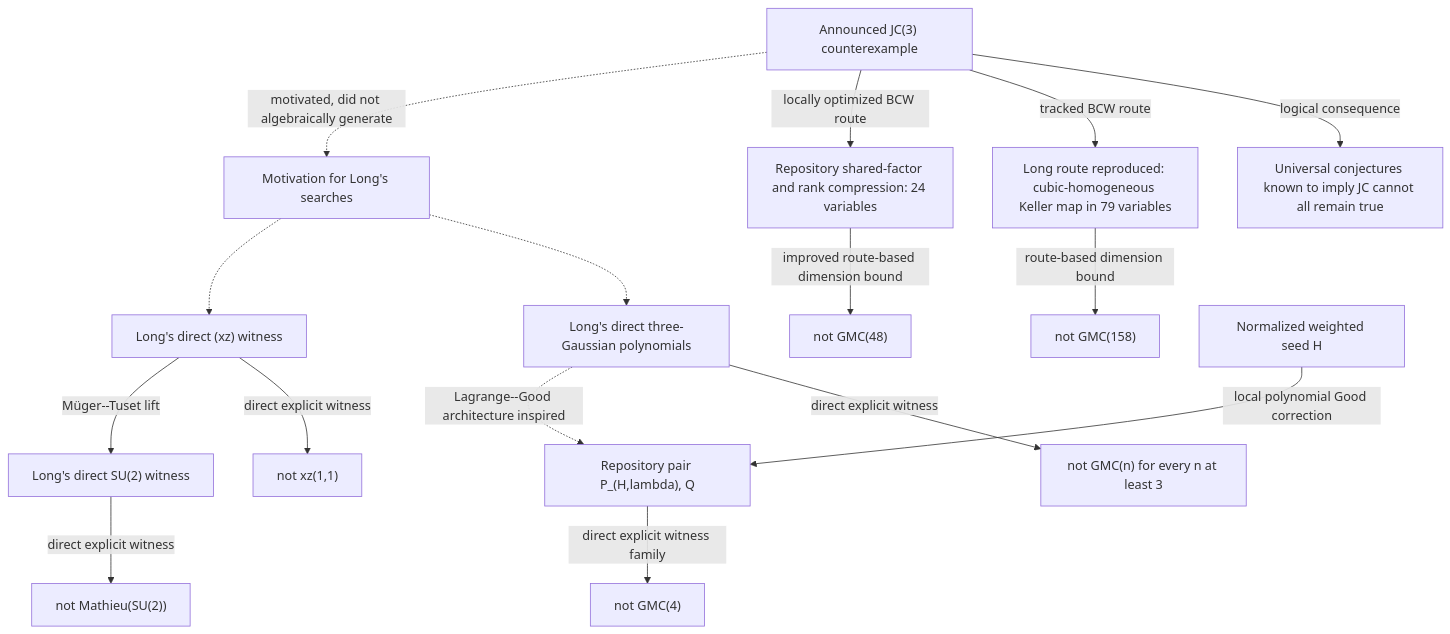
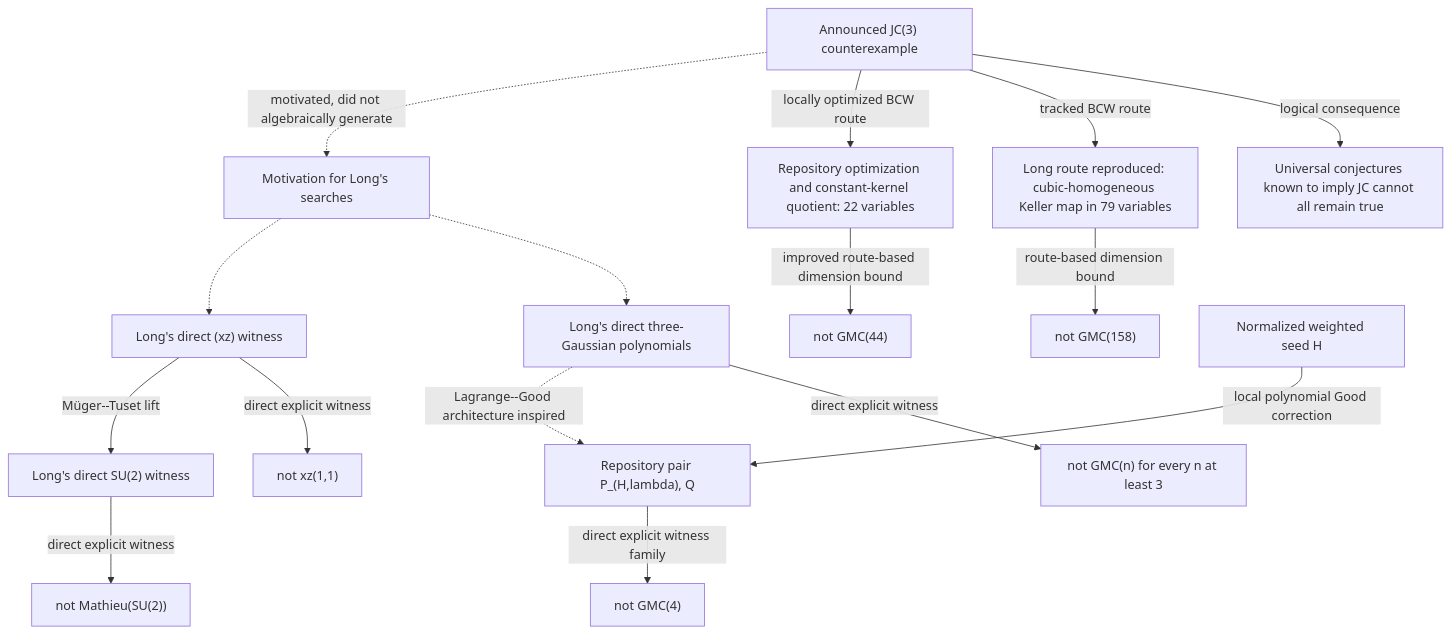
The diagram in extended-geometry/EXTERNAL_CONSEQUENCES_AND_PROVENANCE.md (royvanrijn/jacobian-research), drawn with Mermaid before and after one commit. The commit also changed other lines of this file, not shown here.

````diff
--- a/extended-geometry/EXTERNAL_CONSEQUENCES_AND_PROVENANCE.md
+++ b/extended-geometry/EXTERNAL_CONSEQUENCES_AND_PROVENANCE.md
@@ -21,35 +21,35 @@
 ```mermaid
 flowchart TD
     J["Announced JC(3) counterexample"]
     U["Universal conjectures known to imply JC cannot all remain true"]
     B["Long route reproduced: cubic-homogeneous Keller map in 79 variables"]
     R["not GMC(158)"]
-    BO["Repository shared-factor and rank compression: 24 variables"]
-    RO["not GMC(48)"]
+    BO["Repository optimization and constant-kernel quotient: 22 variables"]
+    RO["not GMC(44)"]
     M["Motivation for Long's searches"]
     GP["Long's direct three-Gaussian polynomials"]
     G["not GMC(n) for every n at least 3"]
     XP["Long's direct (xz) witness"]
     X["not xz(1,1)"]
     SP["Long's direct SU(2) witness"]
     S["not Mathieu(SU(2))"]
     WH["Normalized weighted seed H"]
     WP["Repository pair P_(H,lambda), Q"]
     WG["not GMC(4)"]
 
     J -->|"logical consequence"| U
     J -->|"tracked BCW route"| B
     B -->|"route-based dimension bound"| R
     J -->|"locally optimized BCW route"| BO
     BO -->|"improved route-based dimension bound"| RO
     J -.->|"motivated, did not algebraically generate"| M
     M -.-> GP
     M -.-> XP
     GP -->|"direct explicit witness"| G
     XP -->|"direct explicit witness"| X
     SP -->|"direct explicit witness"| S
     XP -->|"Müger--Tuset lift"| SP
     WH -->|"local polynomial Good correction"| WP
     WP -->|"direct explicit witness family"| WG
     GP -.->|"Lagrange--Good architecture inspired"| WP
 ```
````
